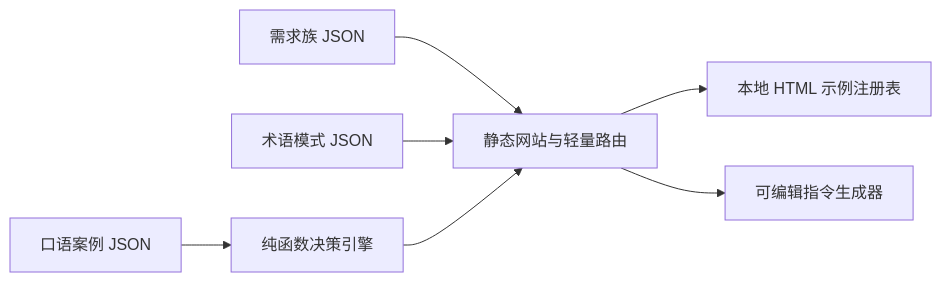
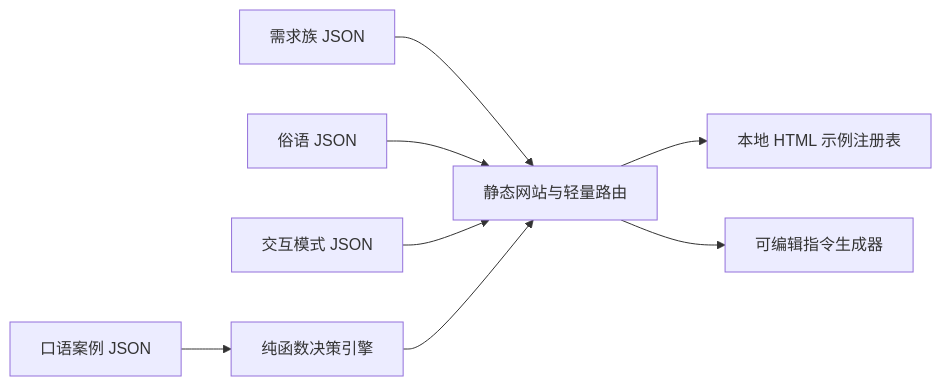
The diagram in .engineering/architecture-baseline.md (jinhefeng/ui-words-for-ai), drawn with Mermaid before and after one commit. The commit also changed other lines of this file and 12 other files, not shown here.

````diff
--- a/.engineering/architecture-baseline.md
+++ b/.engineering/architecture-baseline.md
@@ -30,9 +31,10 @@
 ```mermaid
 flowchart LR
   Families[需求族 JSON] --> Site[静态网站与轻量路由]
   Cases[口语案例 JSON] --> Engine[纯函数决策引擎]
-  Patterns[术语模式 JSON] --> Site
+  Colloquialisms[俗语 JSON] --> Site
+  Patterns[交互模式 JSON] --> Site
   Engine --> Site
   Site --> Demo[本地 HTML 示例注册表]
   Site --> Prompt[可编辑指令生成器]
 ```
````
